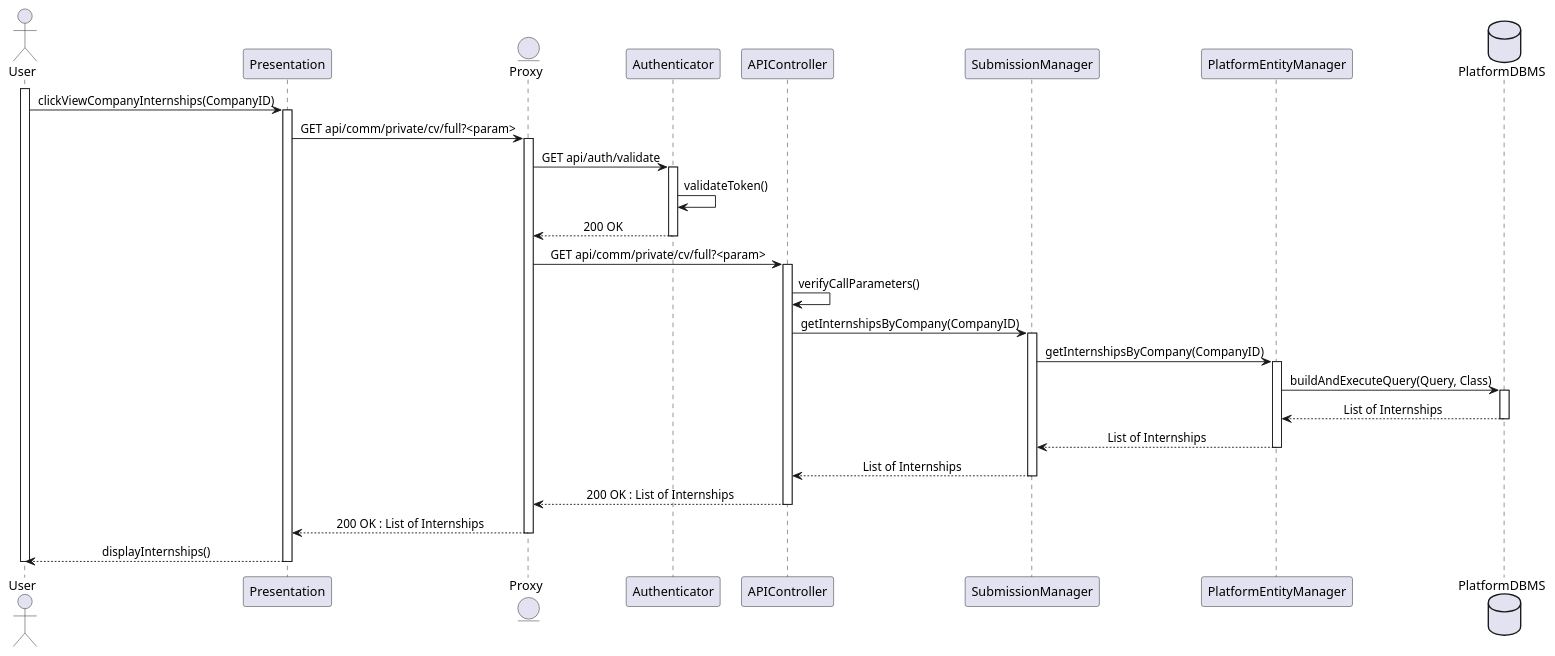
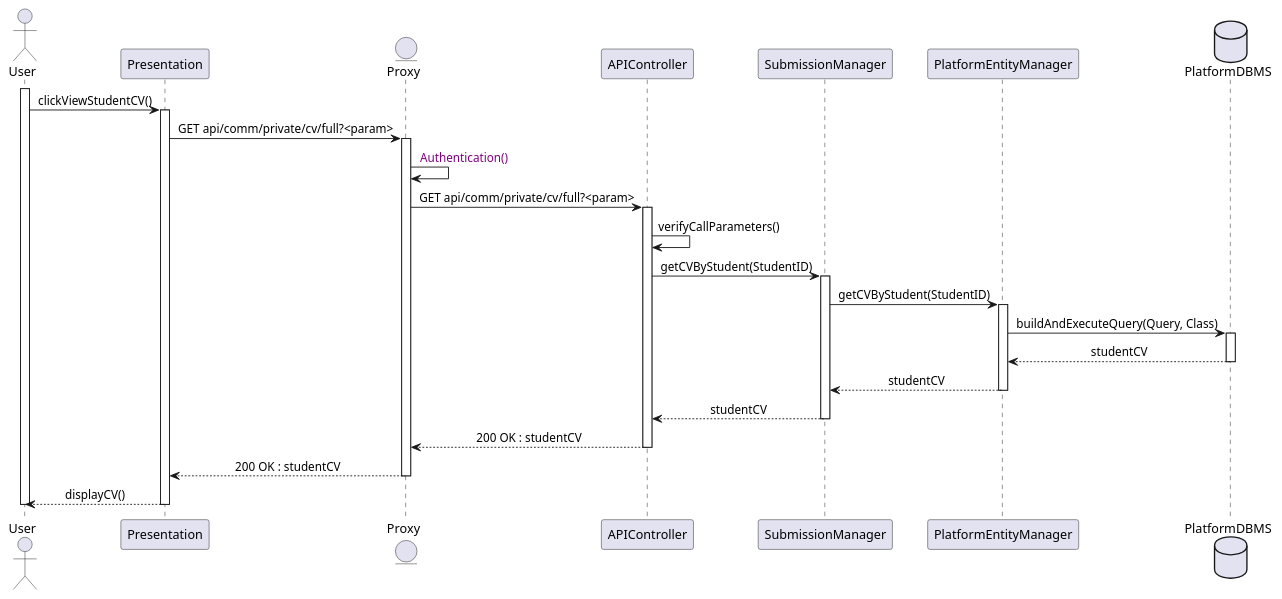
One commit to Slaitroc/RicciPaoliGrisoni changed the diagram in Diagrams/SequenceDiagrams/DD/5UserOpensStudentCV.wsd. Above: the diagram before and after it, drawn with PlantUML.

Commit message:
refactor: streamline Auth for viewing student CV and fix

```diff
--- a/Diagrams/SequenceDiagrams/DD/5UserOpensStudentCV.wsd
+++ b/Diagrams/SequenceDiagrams/DD/5UserOpensStudentCV.wsd
@@ -1,44 +1,40 @@
 @startuml UserViewsCompanyInternships
 skinparam sequenceMessageAlign center
 actor       User
 participant  Presentation
 entity      Proxy
-participant Authenticator
 participant APIController
 participant SubmissionManager
 participant PlatformEntityManager
 database    PlatformDBMS
 
 activate User
-User -> Presentation : clickViewCompanyInternships(CompanyID)
+User -> Presentation : clickViewStudentCV()
 activate Presentation
 Presentation -> Proxy : GET api/comm/private/cv/full?<param>
 activate Proxy
-Proxy -> Authenticator : GET api/auth/validate
-activate Authenticator
-Authenticator -> Authenticator : validateToken()
-Authenticator --> Proxy : 200 OK
-deactivate Authenticator
+Proxy -> Proxy  : <color:purple> Authentication()
+
 Proxy -> APIController : GET api/comm/private/cv/full?<param>
 activate APIController
 APIController -> APIController : verifyCallParameters()
-APIController -> SubmissionManager : getInternshipsByCompany(CompanyID)
+APIController -> SubmissionManager : getCVByStudent(StudentID)
 activate SubmissionManager
-SubmissionManager -> PlatformEntityManager : getInternshipsByCompany(CompanyID)
+SubmissionManager -> PlatformEntityManager : getCVByStudent(StudentID)
 activate PlatformEntityManager
 PlatformEntityManager -> PlatformDBMS : buildAndExecuteQuery(Query, Class)
 activate PlatformDBMS
-PlatformDBMS --> PlatformEntityManager : List of Internships
+PlatformDBMS --> PlatformEntityManager : studentCV
 deactivate PlatformDBMS
-PlatformEntityManager --> SubmissionManager : List of Internships
+PlatformEntityManager --> SubmissionManager : studentCV
 deactivate PlatformEntityManager
-SubmissionManager --> APIController : List of Internships
+SubmissionManager --> APIController : studentCV
 deactivate SubmissionManager
-APIController --> Proxy : 200 OK : List of Internships
+APIController --> Proxy : 200 OK : studentCV
 deactivate APIController
-Proxy --> Presentation : 200 OK : List of Internships
+Proxy --> Presentation : 200 OK : studentCV
 deactivate Proxy
-Presentation --> User : displayInternships()
+Presentation --> User : displayCV()
 deactivate Presentation
 deactivate User
 @enduml
```
